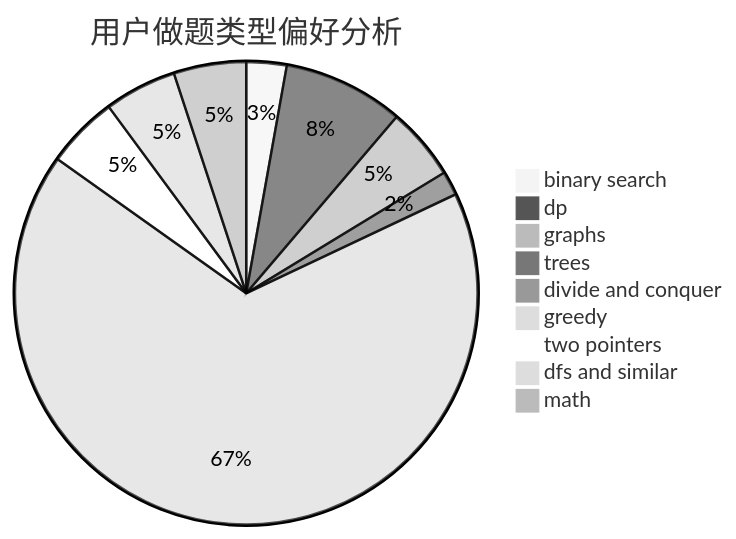
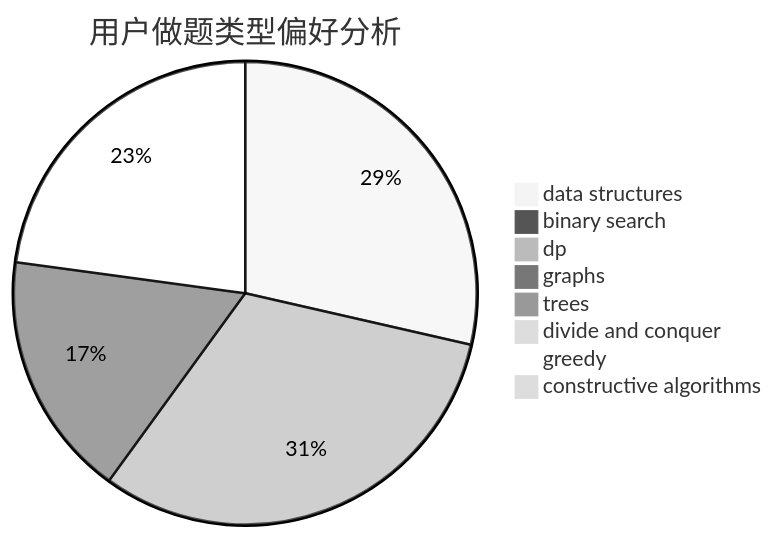
The second of 3 diagrams in docs/user/u1111.md (sherpahu/cfrs.github.io), drawn with Mermaid (neutral theme) before and after one commit. The commit also changed other lines of this file and 2775 other files, not shown here.

````diff
--- a/docs/user/u1111.md
+++ b/docs/user/u1111.md
@@ -23,12 +23,11 @@
 ```mermaid
 pie title 用户做题类型偏好分析
-    "binary search" :  5
-    "dp" :  15
-    "graphs" :  9
-    "trees" :  3
+    "data structures" :  10
+    "binary search" :  0
+    "dp" :  11
+    "graphs" :  6
+    "trees" :  0
     "divide and conquer" :  0
-    "greedy" :  119
-    "two pointers" :  9
-    "dfs and similar" :  9
-    "math" :  9
+    "greedy" :  8
+    "constructive algorithms" :  0
 ```
````
